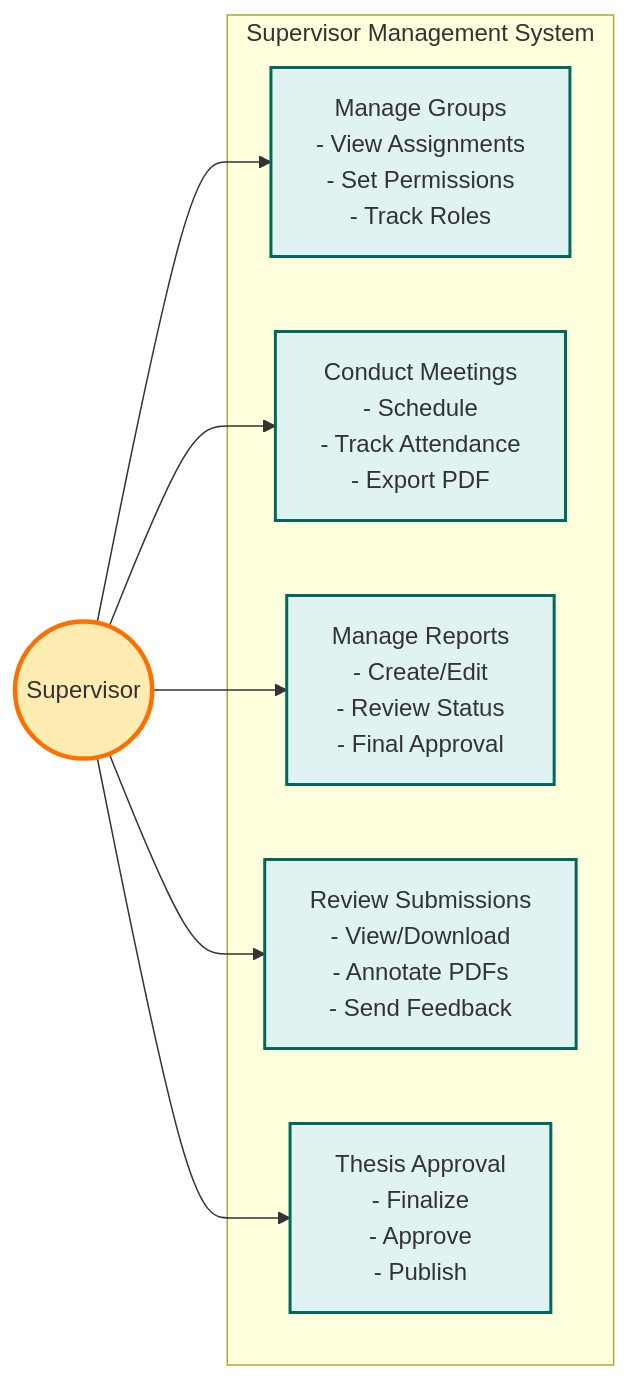
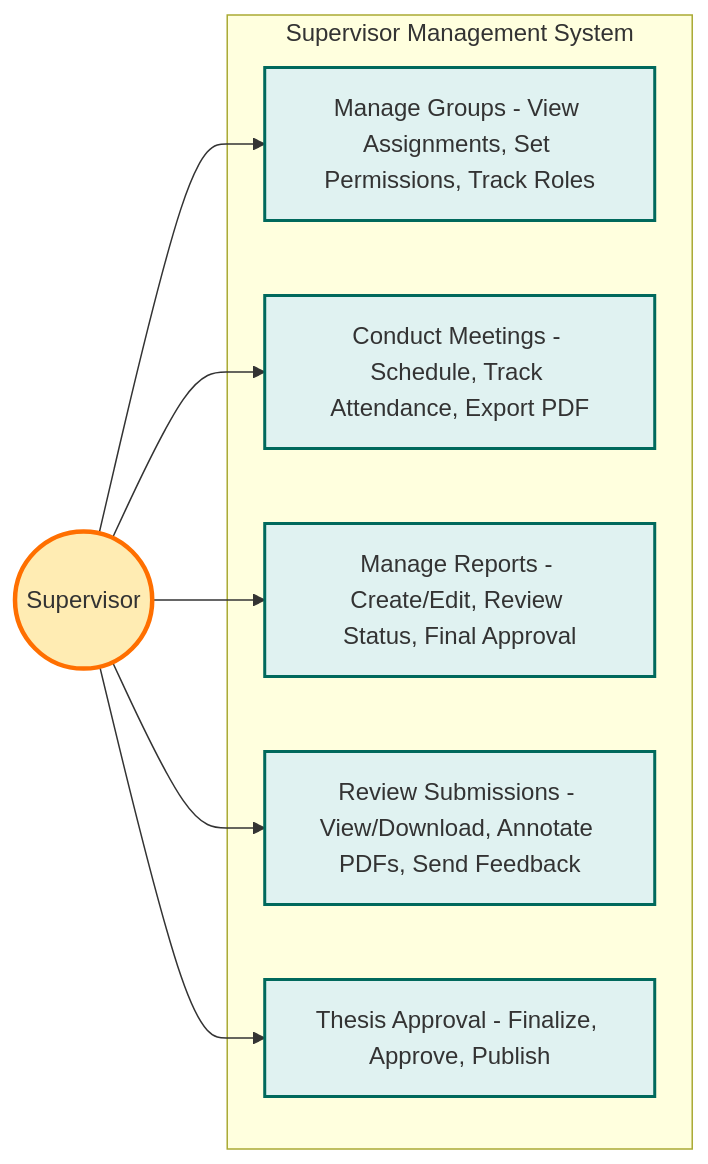
Before and after one commit to abdullah2323442/thesisrepo-backup: the third of 5 diagrams in documentation/roles/Supervisor-use-case-diagram.md, drawn with Mermaid. The commit also changed 5 other files, not shown here.

Commit message:
refactor(use-case-diagrams): Enhance readability of use case diagrams by simplifying text formatting across multiple roles

````diff
--- a/documentation/roles/Supervisor-use-case-diagram.md
+++ b/documentation/roles/Supervisor-use-case-diagram.md
@@ -146,29 +146,29 @@
 ```mermaid
 graph LR
     %% Actor
     Supervisor((Supervisor))
     
     %% System Boundary
     subgraph System["Supervisor Management System"]
         %% Core Use Cases
-        UC1[Manage Groups<br/>- View Assignments<br/>- Set Permissions<br/>- Track Roles]
-        UC2[Conduct Meetings<br/>- Schedule<br/>- Track Attendance<br/>- Export PDF]
-        UC3[Manage Reports<br/>- Create/Edit<br/>- Review Status<br/>- Final Approval]
-        UC4[Review Submissions<br/>- View/Download<br/>- Annotate PDFs<br/>- Send Feedback]
-        UC5[Thesis Approval<br/>- Finalize<br/>- Approve<br/>- Publish]
+        UC1["Manage Groups - View Assignments, Set Permissions, Track Roles"]
+        UC2["Conduct Meetings - Schedule, Track Attendance, Export PDF"]
+        UC3["Manage Reports - Create/Edit, Review Status, Final Approval"]
+        UC4["Review Submissions - View/Download, Annotate PDFs, Send Feedback"]
+        UC5["Thesis Approval - Finalize, Approve, Publish"]
     end
     
     %% Connections
     Supervisor --> UC1
     Supervisor --> UC2
     Supervisor --> UC3
     Supervisor --> UC4
     Supervisor --> UC5
     
     %% Styling
     classDef actor fill:#ffecb3,stroke:#ff6f00,stroke-width:3px
     classDef usecase fill:#e0f2f1,stroke:#00695c,stroke-width:2px
     
     class Supervisor actor
     class UC1,UC2,UC3,UC4,UC5 usecase
 ```
````
